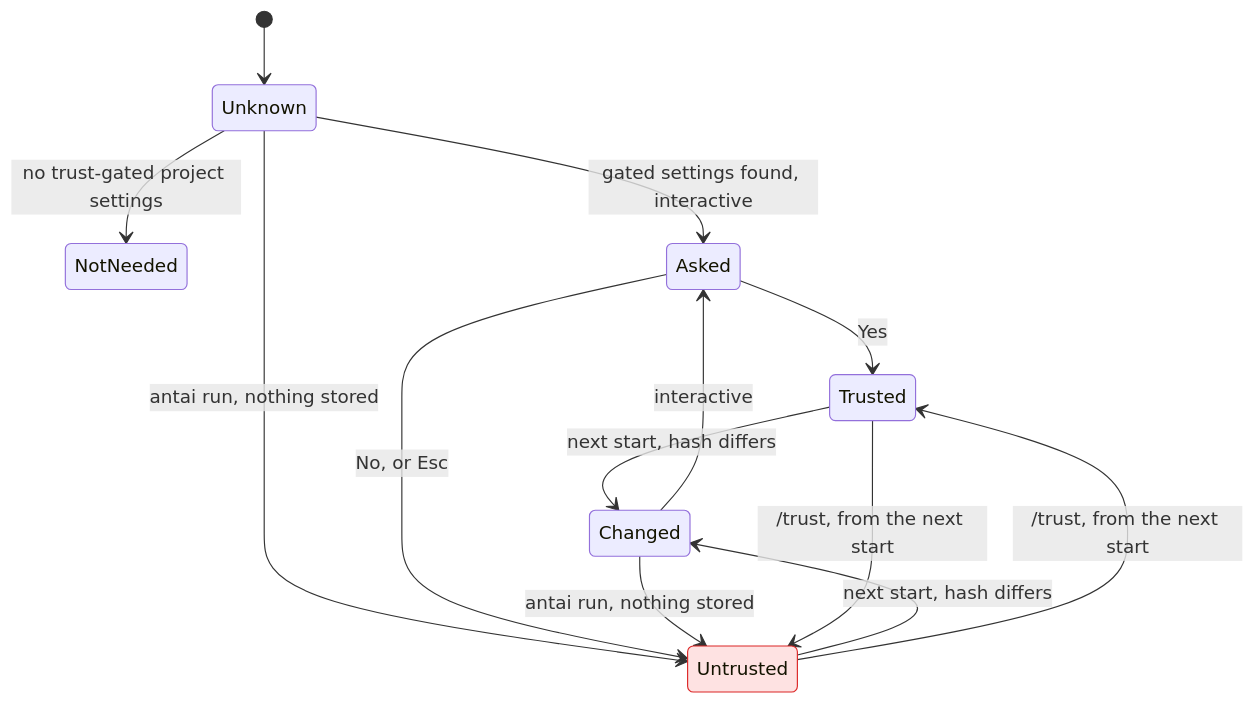
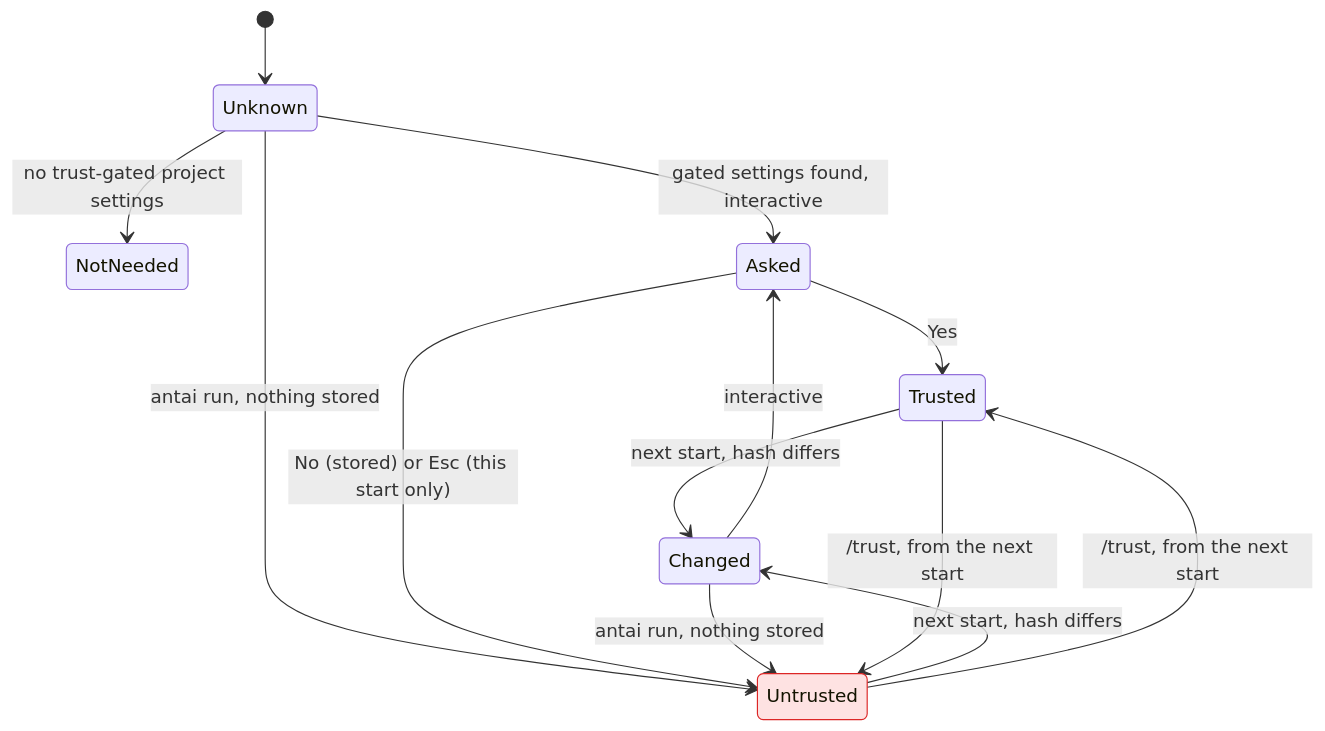
One commit to Dakshnagpal/antai-agent changed diagram 30 of 30 in docs/Deliverables/06_domain_model_uml.md. Above: the diagram before and after it, drawn with Mermaid. The commit also changed other lines of this file and 18 other files, not shown here.

````diff
--- a/docs/Deliverables/06_domain_model_uml.md
+++ b/docs/Deliverables/06_domain_model_uml.md
@@ -2094,17 +2120,17 @@
 ```mermaid
 stateDiagram-v2
     [*] --> Unknown
     Unknown --> NotNeeded : no trust-gated project settings
     Unknown --> Asked : gated settings found, interactive
     Unknown --> Untrusted : antai run, nothing stored
     Asked --> Trusted : Yes
-    Asked --> Untrusted : No, or Esc
+    Asked --> Untrusted : No (stored) or Esc (this start only)
     Trusted --> Changed : next start, hash differs
     Untrusted --> Changed : next start, hash differs
     Changed --> Asked : interactive
     Changed --> Untrusted : antai run, nothing stored
     Trusted --> Untrusted : /trust, from the next start
     Untrusted --> Trusted : /trust, from the next start
     classDef bad fill:#fee2e2,stroke:#dc2626
     class Untrusted bad
 ```
````
